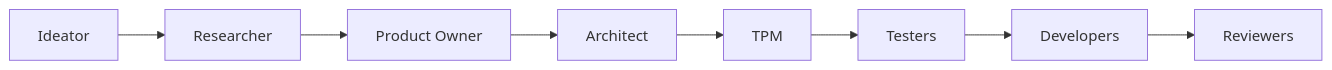
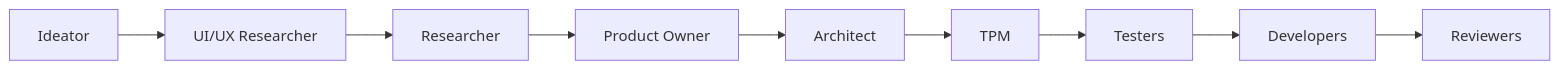
Before and after one commit to atmohamedamer/agents: the diagram in README.md, drawn with Mermaid. The commit also changed other lines of this file and 21 other files, not shown here.

````diff
--- a/README.md
+++ b/README.md
@@ -14,10 +14,11 @@
 ```mermaid
 flowchart LR
-    C[Ideator] --> D[Researcher]
-    D --> E[Product Owner]
-    E --> F[Architect]
-    F --> G[TPM]
-    G --> H[Testers]
-    H --> I[Developers]
-    I --> J[Reviewers]
+    C[Ideator] --> D[UI/UX Researcher]
+    D --> E[Researcher]
+    E --> F[Product Owner]
+    F --> G[Architect]
+    G --> H[TPM]
+    H --> I[Testers]
+    I --> J[Developers]
+    J --> K[Reviewers]
 ```
````
